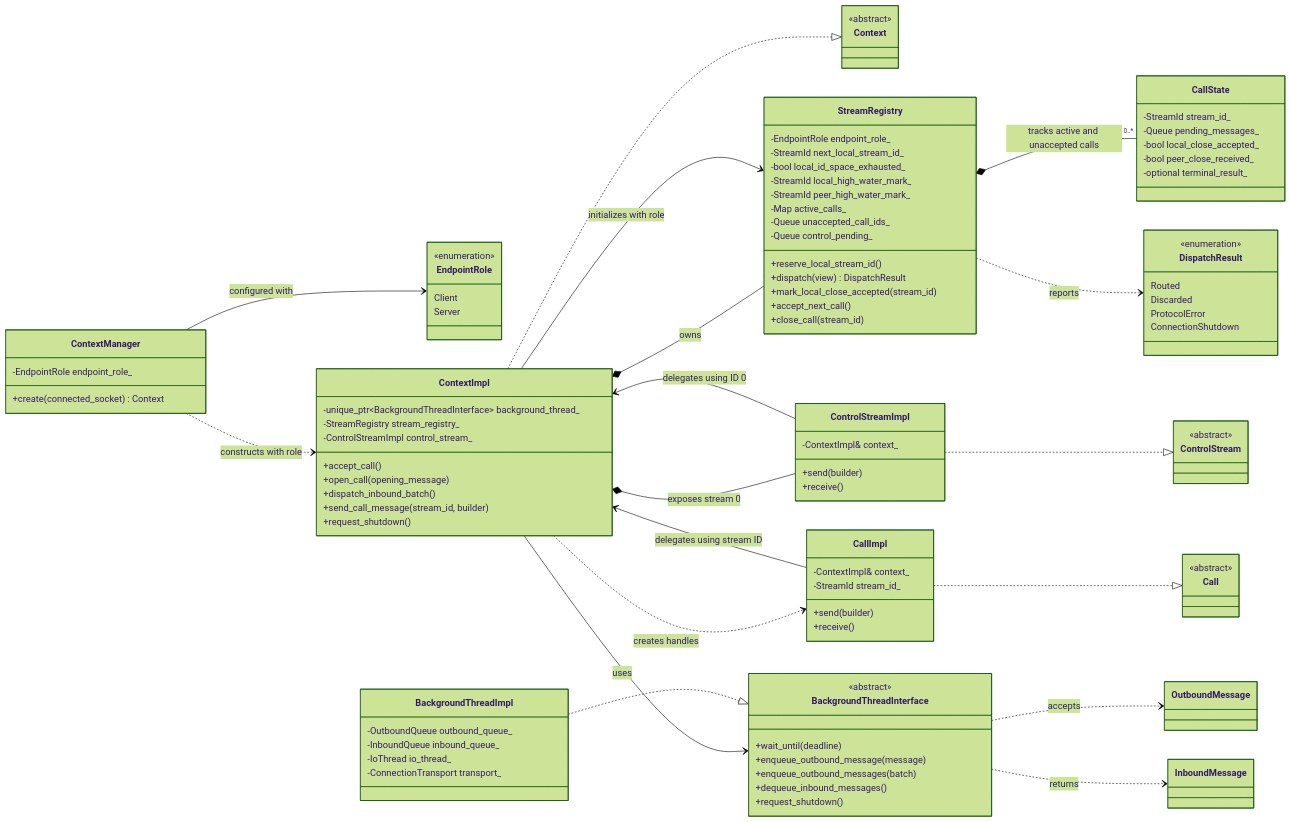
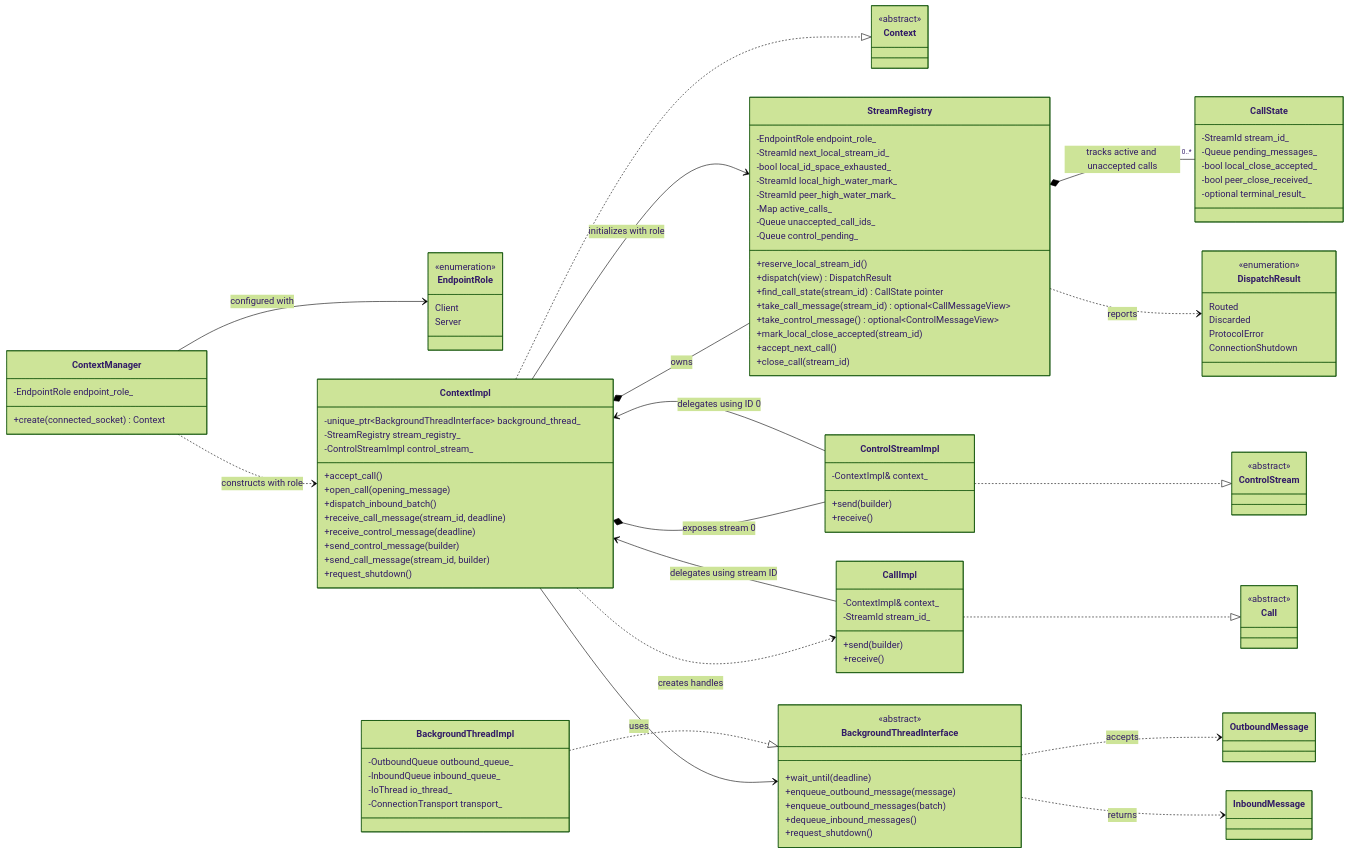
The diagram in doc/design/v2/runner/stream_management.md (exasol/udf-runner-cpp), drawn with Mermaid (forest theme) before and after one commit. The commit also changed other lines of this file, not shown here.

```diff
--- a/doc/design/v2/runner/stream_management.md
+++ b/doc/design/v2/runner/stream_management.md
@@ -241,6 +235,9 @@
     +accept_call()
     +open_call(opening_message)
     +dispatch_inbound_batch()
+    +receive_call_message(stream_id, deadline)
+    +receive_control_message(deadline)
+    +send_control_message(builder)
     +send_call_message(stream_id, builder)
     +request_shutdown()
 }
@@ -255,6 +252,9 @@
     -Queue control_pending_
     +reserve_local_stream_id()
     +dispatch(view) DispatchResult
+    +find_call_state(stream_id) CallState pointer
+    +take_call_message(stream_id) optional~CallMessageView~
+    +take_control_message() optional~ControlMessageView~
     +mark_local_close_accepted(stream_id)
     +accept_next_call()
     +close_call(stream_id)
```
